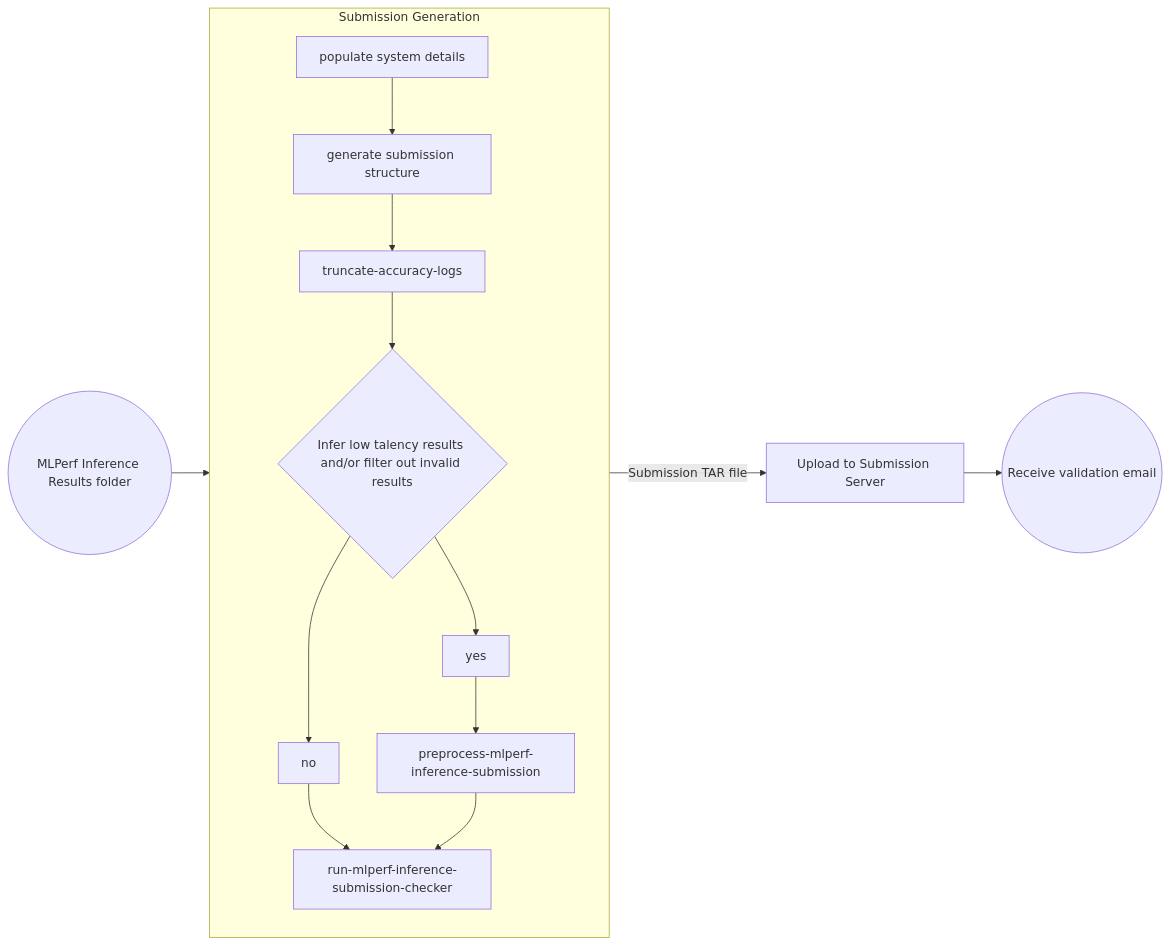
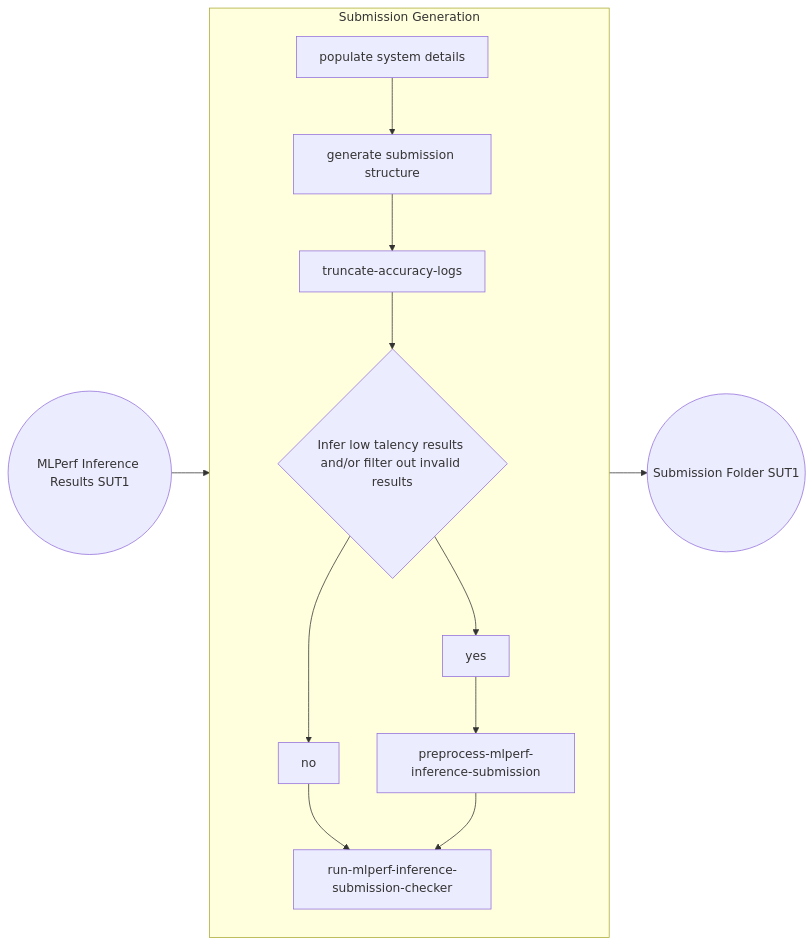
The diagram in docs/submission/index.md (GATEOverflow/inference), drawn with Mermaid before and after one commit.

````diff
--- a/docs/submission/index.md
+++ b/docs/submission/index.md
@@ -13,16 +13,14 @@
 ```mermaid
 flowchart LR
-    classDef hidden fill:none,stroke:none;
     subgraph Generation [Submission Generation]
       direction TB
       A[populate system details] --> B[generate submission structure]
       B --> C[truncate-accuracy-logs]
       C --> D{Infer low talency results and/or filter out invalid results}
       D --> yes --> E[preprocess-mlperf-inference-submission]
       D --> no --> F[run-mlperf-inference-submission-checker]
       E --> F
     end
-    Input((MLPerf Inference Results folder)) --> Generation
-    Generation --  Submission TAR file --> H[Upload to Submission Server]
-    H --> Output((Receive validation email))
+    Input((MLPerf Inference Results SUT1)) --> Generation
+    Generation --> Output((Submission Folder SUT1))
 ```
````
